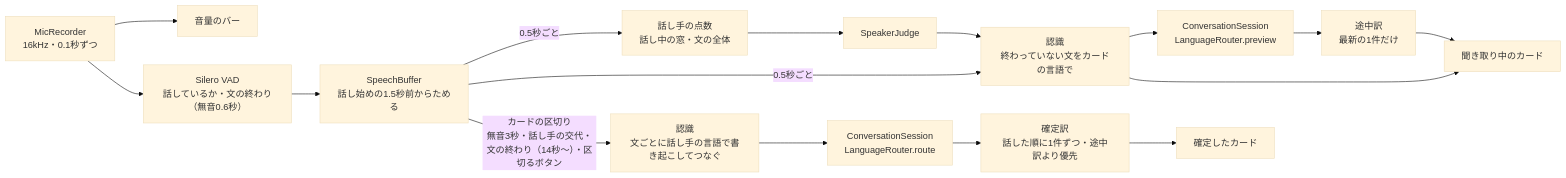
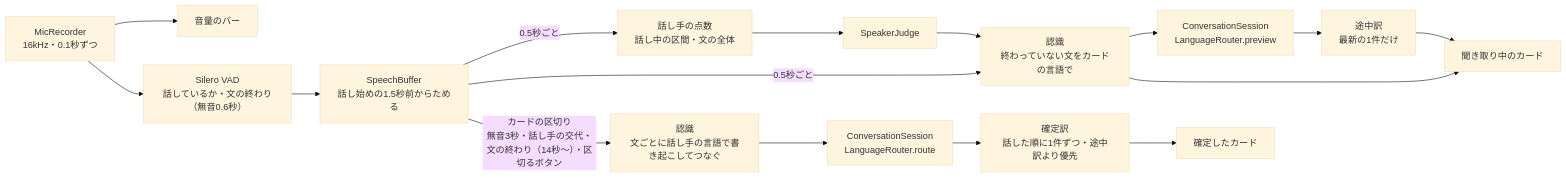
Before and after one commit to kagerouttepaso/PlamoTranslate: the diagram in docs/設計/会話翻訳.md, drawn with Mermaid (base theme). The commit also changed other lines of this file and 50 other files, not shown here.

````diff
--- a/docs/設計/会話翻訳.md
+++ b/docs/設計/会話翻訳.md
@@ -9,15 +9,15 @@
 ```mermaid
 flowchart LR
   MIC["MicRecorder<br>16kHz・0.1秒ずつ"] --> LV["音量のバー"]
   MIC --> VAD["Silero VAD<br>話しているか・文の終わり（無音0.6秒）"]
   VAD --> BUF["SpeechBuffer<br>話し始めの1.5秒前からためる"]
-  BUF -->|"0.5秒ごと"| ID["話し手の点数<br>話し中の窓・文の全体"] --> JD["SpeakerJudge"]
+  BUF -->|"0.5秒ごと"| ID["話し手の点数<br>話し中の区間・文の全体"] --> JD["SpeakerJudge"]
   JD --> PT
   BUF -->|0.5秒ごと| PT["認識<br>終わっていない文をカードの言語で"]
   PT --> PRV["ConversationSession<br>LanguageRouter.preview"] --> PTR["途中訳<br>最新の1件だけ"]
   PT --> LIVE["聞き取り中のカード"]
   PTR --> LIVE
   BUF -->|"カードの区切り<br>無音3秒・話し手の交代・文の終わり（14秒〜）・区切るボタン"| SV["認識<br>文ごとに話し手の言語で書き起こしてつなぐ"]
   SV --> RT["ConversationSession<br>LanguageRouter.route"] --> TR["確定訳<br>話した順に1件ずつ・途中訳より優先"]
   TR --> CARD["確定したカード"]
 ```
````
